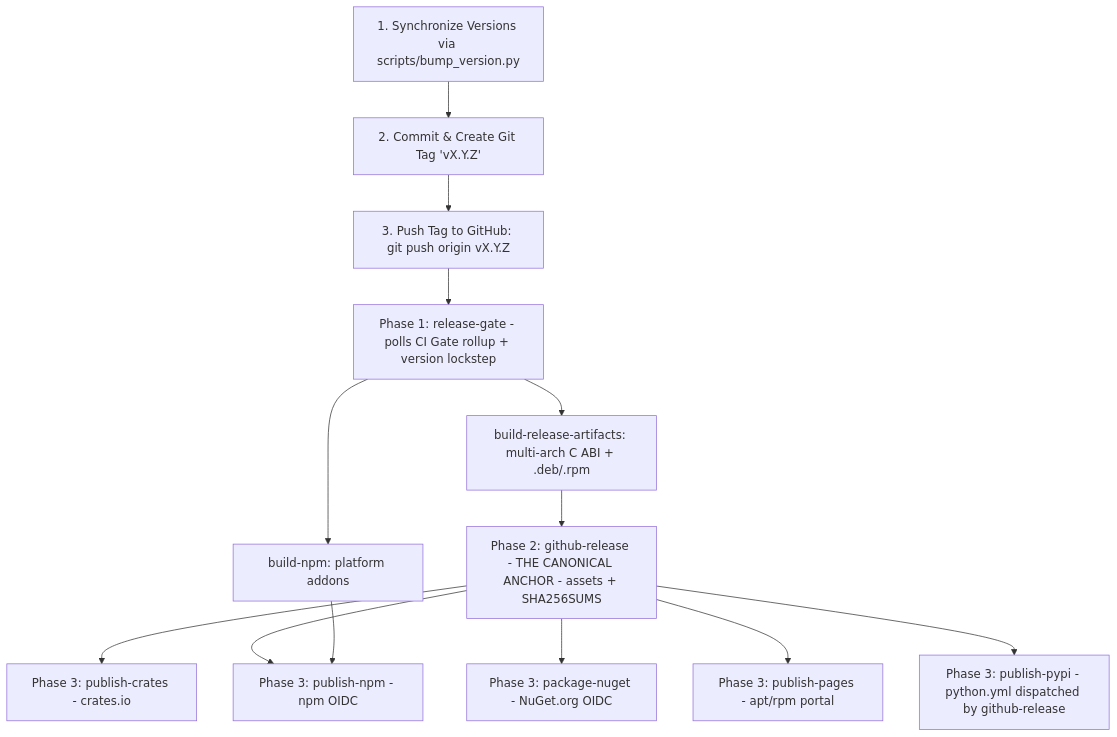
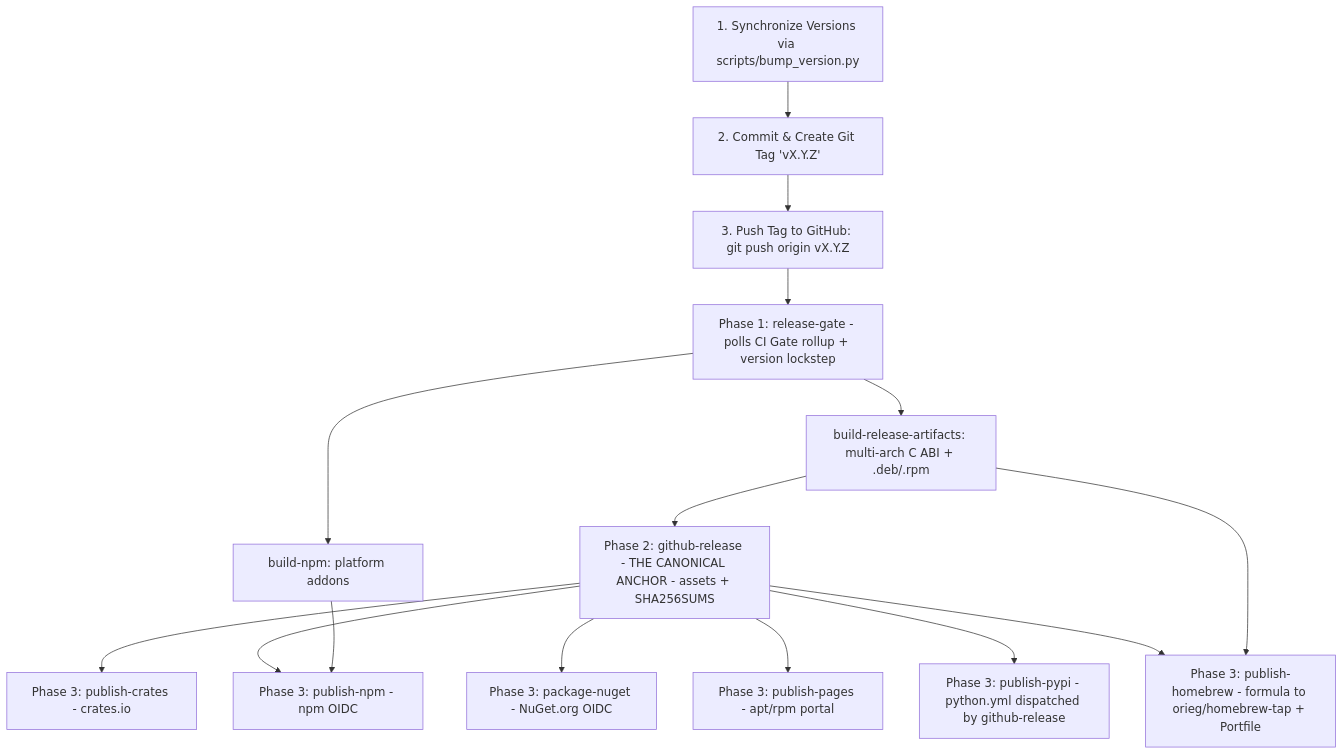
Before and after one commit to orieg/expanse: the diagram in docs/PACKAGING.md, drawn with Mermaid. The commit also changed other lines of this file and 9 other files, not shown here.

First line of the commit message:
feat(release): publish a Homebrew formula and a MacPorts Portfile

````diff
--- a/docs/PACKAGING.md
+++ b/docs/PACKAGING.md
@@ -16,17 +16,19 @@
 ```mermaid
 graph TD
     A[1. Synchronize Versions via scripts/bump_version.py] --> C[2. Commit & Create Git Tag 'vX.Y.Z']
     C --> D[3. Push Tag to GitHub: git push origin vX.Y.Z]
     D --> E[Phase 1: release-gate - polls CI Gate rollup + version lockstep]
 
     E --> F[build-release-artifacts: multi-arch C ABI + .deb/.rpm]
     E --> G[build-npm: platform addons]
     F --> H[Phase 2: github-release - THE CANONICAL ANCHOR - assets + SHA256SUMS]
 
     H --> I[Phase 3: publish-crates - crates.io]
     H --> J[Phase 3: publish-npm - npm OIDC]
     H --> K[Phase 3: package-nuget - NuGet.org OIDC]
     H --> L[Phase 3: publish-pages - apt/rpm portal]
     H --> M[Phase 3: publish-pypi - python.yml dispatched by github-release]
+    H --> N[Phase 3: publish-homebrew - formula to orieg/homebrew-tap + Portfile]
+    F --> N
     G --> J
 ```
````
